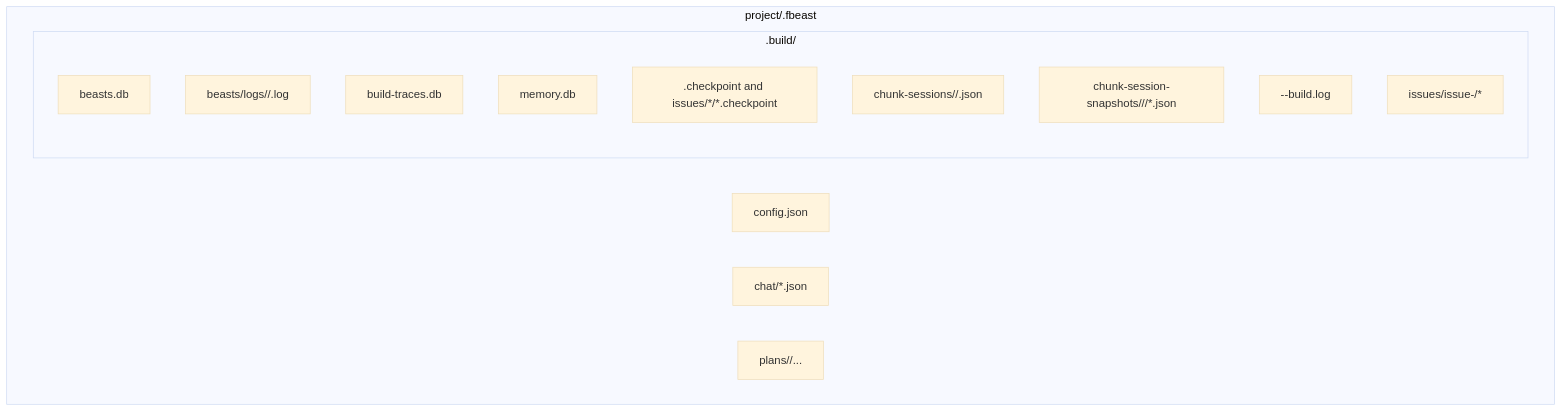
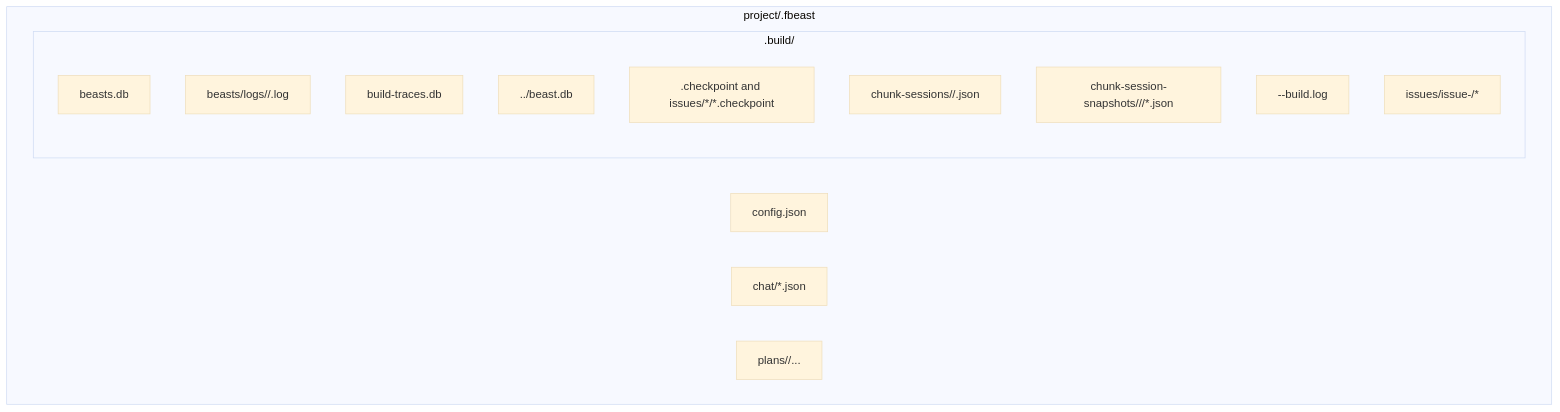
Before and after one commit to djm204/frankenbeast: diagram 11 of 18 in docs/DATA_FLOW.md, drawn with Mermaid (base theme). The commit also changed other lines of this file and 2 other files, not shown here.

Commit message:
docs: address architecture matrix follow-ups

````diff
--- a/docs/DATA_FLOW.md
+++ b/docs/DATA_FLOW.md
@@ -394,20 +394,20 @@
 ```mermaid
 flowchart TD
     subgraph Root["project/.fbeast"]
         Config["config.json"]
         Chat["chat/*.json"]
         Plans["plans/<plan>/..."]
 
         subgraph Build[".build/"]
             BeastDb["beasts.db"]
             BeastLogs["beasts/logs/<run>/<attempt>.log"]
             Traces["build-traces.db"]
-            Memory["memory.db"]
+            Memory["../beast.db"]
             Checkpoints["<plan>.checkpoint and issues/*/*.checkpoint"]
             Session["chunk-sessions/<plan>/<chunk>.json"]
             Snapshots["chunk-session-snapshots/<plan>/<chunk>/*.json"]
             BuildLogs["<plan>-<timestamp>-build.log"]
             IssueArtifacts["issues/issue-<n>/*"]
         end
     end
 ```
````
